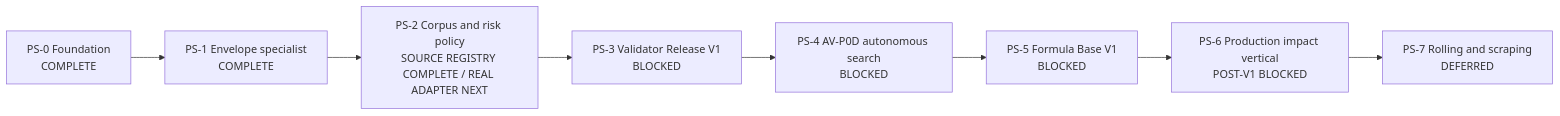
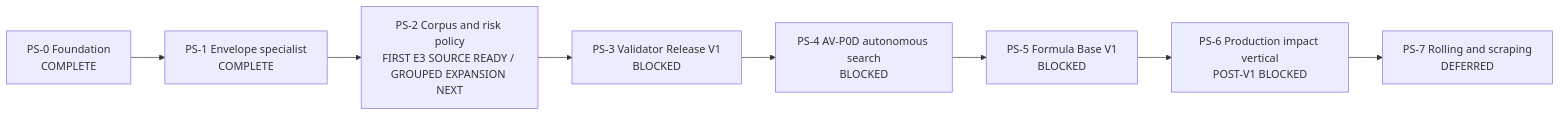
The diagram in docs/plans/physical-sound-synthesis-roadmap.md (kaifaty/NextEngine), drawn with Mermaid before and after one commit. The commit also changed other lines of this file and 11 other files, not shown here.

Commit message:
feat(audio): validate one real AV-MSF E3 source

````diff
--- a/docs/plans/physical-sound-synthesis-roadmap.md
+++ b/docs/plans/physical-sound-synthesis-roadmap.md
@@ -94,10 +94,10 @@
 ```mermaid
 flowchart LR
     PS0["PS-0 Foundation<br/>COMPLETE"] --> PS1["PS-1 Envelope specialist<br/>COMPLETE"]
-    PS1 --> PS2["PS-2 Corpus and risk policy<br/>SOURCE REGISTRY COMPLETE / REAL ADAPTER NEXT"]
+    PS1 --> PS2["PS-2 Corpus and risk policy<br/>FIRST E3 SOURCE READY / GROUPED EXPANSION NEXT"]
     PS2 --> PS3["PS-3 Validator Release V1<br/>BLOCKED"]
     PS3 --> PS4["PS-4 AV-P0D autonomous search<br/>BLOCKED"]
     PS4 --> PS5["PS-5 Formula Base V1<br/>BLOCKED"]
     PS5 --> PS6["PS-6 Production impact vertical<br/>POST-V1 BLOCKED"]
     PS6 --> PS7["PS-7 Rolling and scraping<br/>DEFERRED"]
 ```
````
